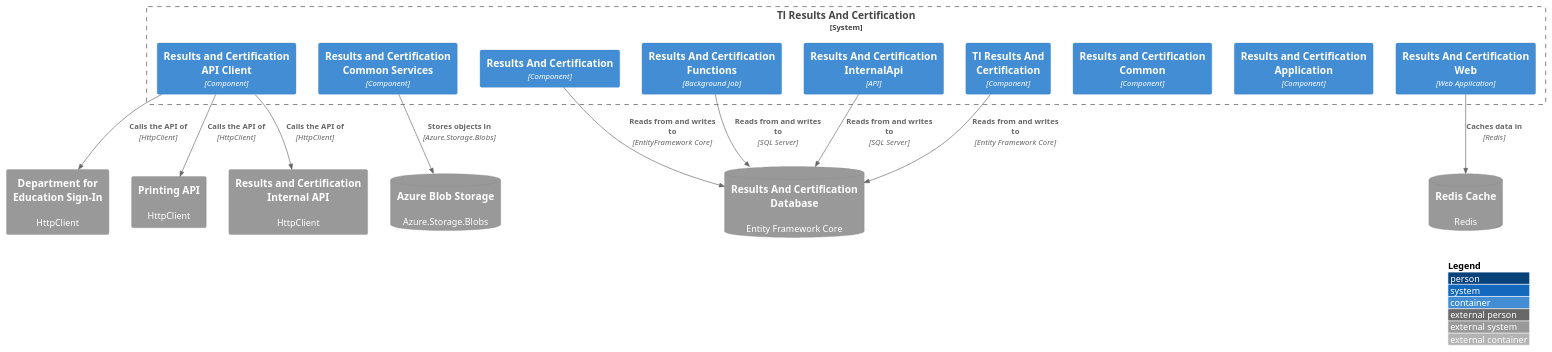
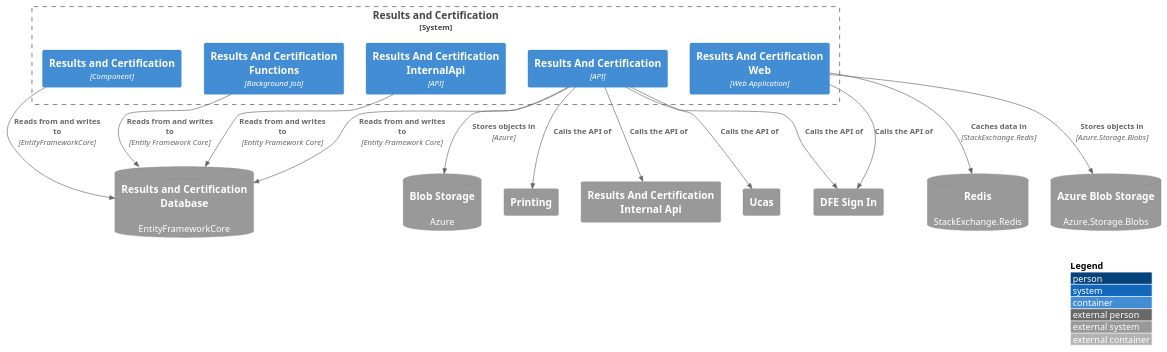
The diagram in tl-results-and-certification/service-dependencies/service-dependencies.puml (talentconsulting/atlas-dfe), drawn with PlantUML before and after one commit. The commit also changed 46 other files, not shown here.

```diff
--- a/tl-results-and-certification/service-dependencies/service-dependencies.puml
+++ b/tl-results-and-certification/service-dependencies/service-dependencies.puml
@@ -1,34 +1,35 @@
 @startuml
 !include https://raw.githubusercontent.com/plantuml-stdlib/C4-PlantUML/master/C4_Container.puml
 LAYOUT_WITH_LEGEND()
 
-System_Boundary(sys_SkillsFundingAgency_tl_results_and_certification, "Tl Results And Certification") {
-  Container(c_results_and_certification_api_client, "Results and Certification API Client", "Component")
-  Container(c_results_and_certification_application, "Results and Certification Application", "Component")
-  Container(c_results_and_certification_common, "Results and Certification Common", "Component")
-  Container(c_results_and_certification_common_services, "Results and Certification Common Services", "Component")
-  Container(c_results_and_certification_data, "Results And Certification", "Component")
+System_Boundary(sys_SkillsFundingAgency_tl_results_and_certification, "Results and Certification") {
+  Container(c_results_and_certification, "Results and Certification", "Component")
+  Container(c_results_and_certification_2, "Results And Certification", "API")
   Container(c_results_and_certification_functions, "Results And Certification Functions", "Background Job")
   Container(c_results_and_certification_internalapi, "Results And Certification InternalApi", "API")
   Container(c_results_and_certification_web, "Results And Certification Web", "Web Application")
-  Container(c_tl_results_and_certification, "Tl Results And Certification", "Component")
 }
 
-SystemDb_Ext(d_cache_redis_cache, "Redis Cache", "Redis")
-SystemDb_Ext(d_database_results_and_certification_database, "Results And Certification Database", "Entity Framework Core")
-System_Ext(d_http_api_department_for_education_sign_in, "Department for Education Sign-In", "HttpClient")
-System_Ext(d_http_api_printing_api, "Printing API", "HttpClient")
-System_Ext(d_http_api_results_and_certification_internal_api, "Results and Certification Internal API", "HttpClient")
+SystemDb_Ext(d_cache_redis, "Redis", "StackExchange.Redis")
+SystemDb_Ext(d_database_results_and_certification_database, "Results and Certification Database", "EntityFrameworkCore")
+System_Ext(d_http_api_dfe_sign_in, "DFE Sign In")
+System_Ext(d_http_api_printing, "Printing")
+System_Ext(d_http_api_results_and_certification_internal_api, "Results And Certification Internal Api")
+System_Ext(d_http_api_ucas, "Ucas")
 SystemDb_Ext(d_object_storage_azure_blob_storage, "Azure Blob Storage", "Azure.Storage.Blobs")
+SystemDb_Ext(d_object_storage_blob_storage, "Blob Storage", "Azure")
 
-Rel(c_results_and_certification_web, d_cache_redis_cache, "Caches data in", "Redis")
-Rel(c_tl_results_and_certification, d_database_results_and_certification_database, "Reads from and writes to", "Entity Framework Core")
-Rel(c_results_and_certification_data, d_database_results_and_certification_database, "Reads from and writes to", "EntityFramework Core")
-Rel(c_results_and_certification_functions, d_database_results_and_certification_database, "Reads from and writes to", "SQL Server")
-Rel(c_results_and_certification_internalapi, d_database_results_and_certification_database, "Reads from and writes to", "SQL Server")
-Rel(c_results_and_certification_api_client, d_http_api_department_for_education_sign_in, "Calls the API of", "HttpClient")
-Rel(c_results_and_certification_api_client, d_http_api_printing_api, "Calls the API of", "HttpClient")
-Rel(c_results_and_certification_api_client, d_http_api_results_and_certification_internal_api, "Calls the API of", "HttpClient")
-Rel(c_results_and_certification_common_services, d_object_storage_azure_blob_storage, "Stores objects in", "Azure.Storage.Blobs")
+Rel(c_results_and_certification_web, d_cache_redis, "Caches data in", "StackExchange.Redis")
+Rel(c_results_and_certification, d_database_results_and_certification_database, "Reads from and writes to", "EntityFrameworkCore")
+Rel(c_results_and_certification_functions, d_database_results_and_certification_database, "Reads from and writes to", "Entity Framework Core")
+Rel(c_results_and_certification_internalapi, d_database_results_and_certification_database, "Reads from and writes to", "Entity Framework Core")
+Rel(c_results_and_certification_2, d_database_results_and_certification_database, "Reads from and writes to", "Entity Framework Core")
+Rel(c_results_and_certification_web, d_http_api_dfe_sign_in, "Calls the API of")
+Rel(c_results_and_certification_2, d_http_api_dfe_sign_in, "Calls the API of")
+Rel(c_results_and_certification_2, d_http_api_printing, "Calls the API of")
+Rel(c_results_and_certification_2, d_http_api_results_and_certification_internal_api, "Calls the API of")
+Rel(c_results_and_certification_2, d_http_api_ucas, "Calls the API of")
+Rel(c_results_and_certification_web, d_object_storage_azure_blob_storage, "Stores objects in", "Azure.Storage.Blobs")
+Rel(c_results_and_certification_2, d_object_storage_blob_storage, "Stores objects in", "Azure")
 
 @enduml
```
